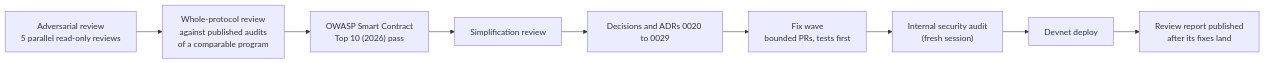
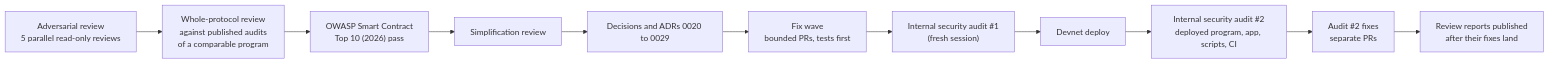
One commit to mutav-finance/mutav-protocol-solana changed the diagram in docs/security/reviews-and-audits.md. Above: the diagram before and after it, drawn with Mermaid. The commit also changed other lines of this file and 3 other files, not shown here.

First line of the commit message:
docs(security): internal security audit #2 (2026-10-29), draft

````diff
--- a/docs/security/reviews-and-audits.md
+++ b/docs/security/reviews-and-audits.md
@@ -53,11 +53,13 @@
 ```mermaid
 flowchart LR
     R1["Adversarial review<br/>5 parallel read-only reviews"] --> R2["Whole-protocol review<br/>against published audits<br/>of a comparable program"]
     R2 --> R3["OWASP Smart Contract<br/>Top 10 (2026) pass"]
     R3 --> S["Simplification review"]
     S --> D["Decisions and ADRs 0020 to 0029"]
     D --> W["Fix wave<br/>bounded PRs, tests first"]
-    W --> A["Internal security audit<br/>(fresh session)"]
+    W --> A["Internal security audit #1<br/>(fresh session)"]
     A --> DP["Devnet deploy"]
-    DP --> P["Review report published<br/>after its fixes land"]
+    DP --> A2["Internal security audit #2<br/>deployed program, app, scripts, CI"]
+    A2 --> F2["Audit #2 fixes<br/>separate PRs"]
+    F2 --> P["Review reports published<br/>after their fixes land"]
 ```
````
